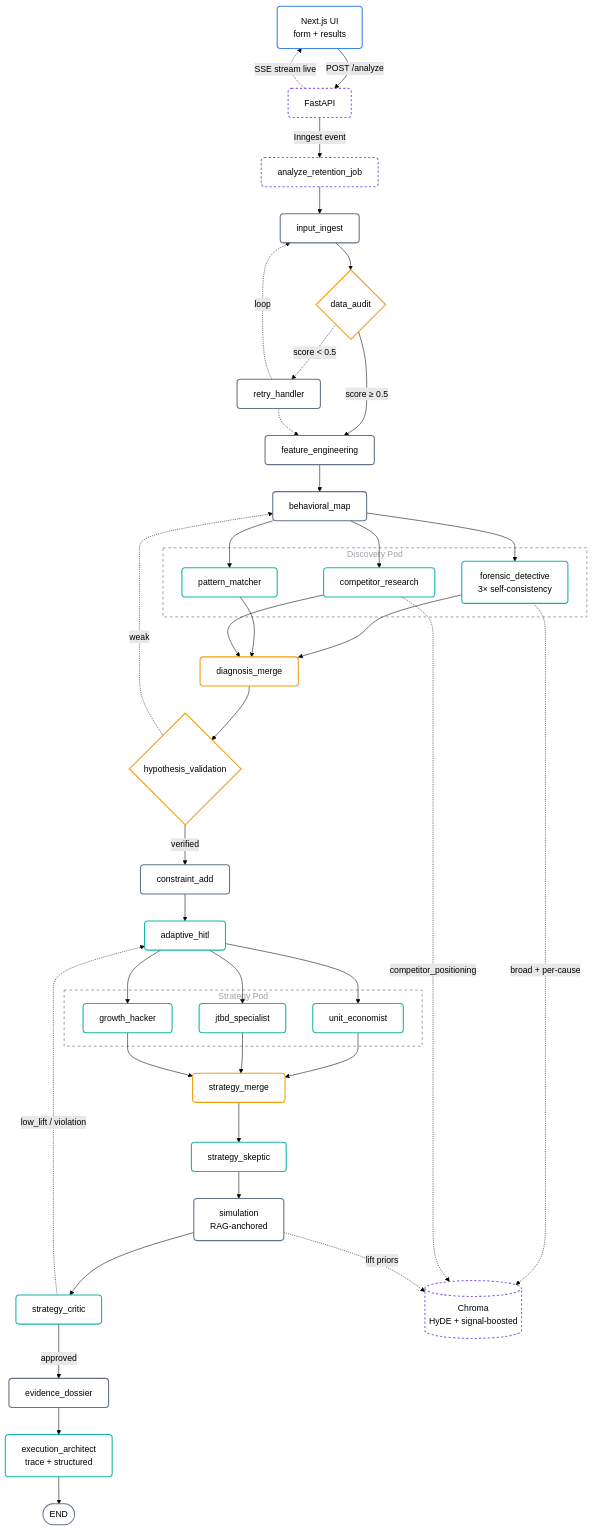
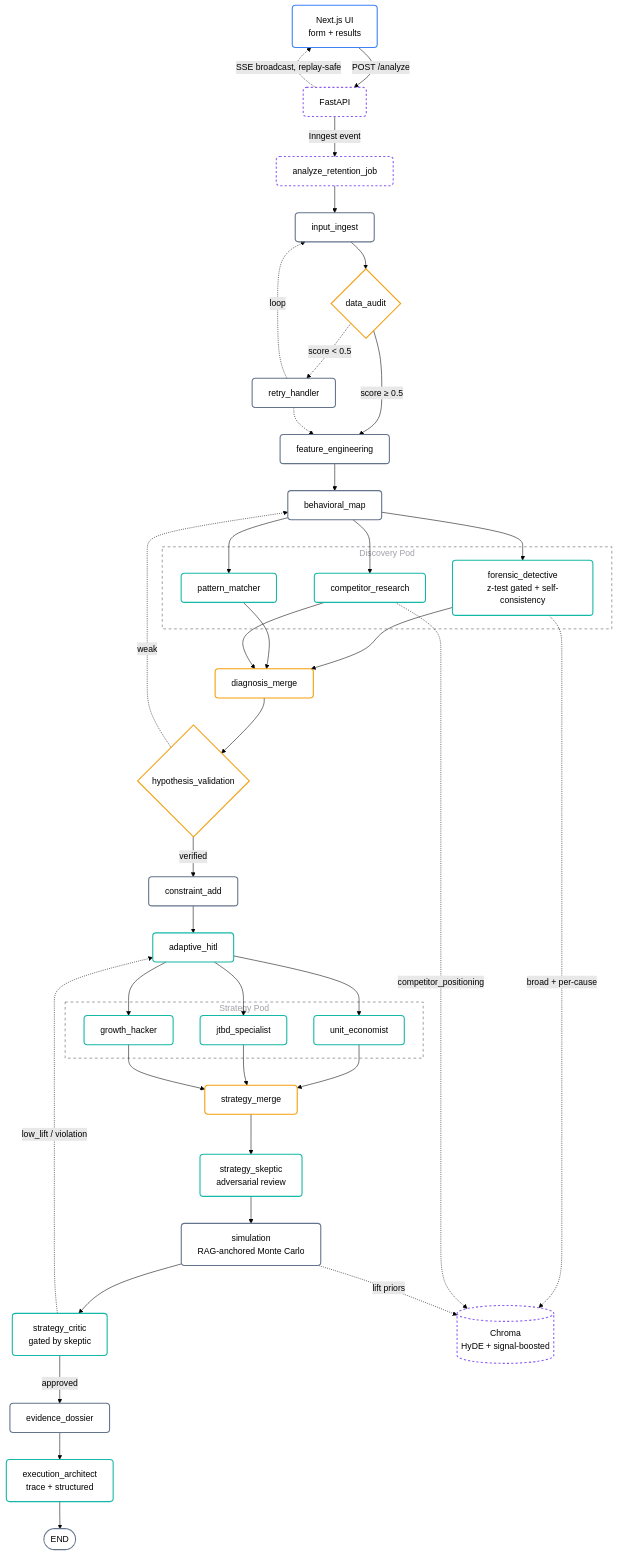
One commit to Abhayanthk/Retain_AI changed the first of 3 diagrams in README.md. Above: the diagram before and after it, drawn with Mermaid (forest theme). The commit also changed other lines of this file and 4 other files, not shown here.

````diff
--- a/README.md
+++ b/README.md
@@ -37,65 +55,65 @@
 ```mermaid
 flowchart TD
     classDef default fill:transparent,stroke:#52525B,stroke-width:1px,rx:6px,ry:6px;
     classDef ui fill:transparent,stroke:#3b82f6,stroke-width:2px,rx:6px,ry:6px;
     classDef ext fill:transparent,stroke:#8b5cf6,stroke-width:2px,stroke-dasharray: 4 4,rx:6px,ry:6px;
     classDef agent fill:transparent,stroke:#14b8a6,stroke-width:2px,rx:6px,ry:6px;
     classDef util fill:transparent,stroke:#64748b,stroke-width:2px,rx:6px,ry:6px;
     classDef gate fill:transparent,stroke:#f59e0b,stroke-width:2px,rx:6px,ry:6px;
 
     UI[Next.js UI<br/>form + results]:::ui -->|POST /analyze| API[FastAPI]:::ext
-    API -.->|SSE stream live| UI
+    API -.->|SSE broadcast, replay-safe| UI
     API -->|Inngest event| JOB[analyze_retention_job]:::ext
     JOB --> II
 
     %% LangGraph Pipeline
     II[input_ingest]:::util --> DA{data_audit}:::gate
 
     DA -->|score ≥ 0.5| FE[feature_engineering]:::util
     DA -.->|score &lt; 0.5| RH[retry_handler]:::util
     RH -.-> FE
 
     FE --> BM[behavioral_map]:::util
 
     subgraph Discovery [Discovery Pod]
-        FD[forensic_detective<br/>3× self-consistency]:::agent
+        FD[forensic_detective<br/>z-test gated + self-consistency]:::agent
         PM[pattern_matcher]:::agent
         CR[competitor_research]:::agent
     end
     style Discovery fill:none,stroke:#52525B,stroke-width:1px,stroke-dasharray:5 5,color:#A1A1AA
 
     BM --> FD & PM & CR
     FD & PM & CR --> DM[diagnosis_merge]:::gate
 
     DM --> HV{hypothesis_validation}:::gate
     HV -->|verified| CA[constraint_add]:::util
 
     CA --> HITL[adaptive_hitl]:::agent
 
     subgraph Strategy [Strategy Pod]
         UE[unit_economist]:::agent
         JTBD[jtbd_specialist]:::agent
         GH[growth_hacker]:::agent
     end
     style Strategy fill:none,stroke:#52525B,stroke-width:1px,stroke-dasharray:5 5,color:#A1A1AA
 
     HITL --> UE & JTBD & GH
     UE & JTBD & GH --> SM[strategy_merge]:::gate
 
-    SM --> SK[strategy_skeptic]:::agent
-    SK --> SIM[simulation<br/>RAG-anchored]:::util
-    SIM --> SC[strategy_critic]:::agent
+    SM --> SK[strategy_skeptic<br/>adversarial review]:::agent
+    SK --> SIM[simulation<br/>RAG-anchored Monte Carlo]:::util
+    SIM --> SC[strategy_critic<br/>gated by skeptic]:::agent
     SC -->|approved| ED[evidence_dossier]:::util
     ED --> EA[execution_architect<br/>trace + structured]:::agent
     EA --> END([END]):::util
 
     %% Loops
     RH -.->|loop| II
     HV -.->|weak| BM
     SC -.->|low_lift / violation| HITL
 
     RAG[(Chroma<br/>HyDE + signal-boosted)]:::ext
     FD -.->|broad + per-cause| RAG
     CR -.->|competitor_positioning| RAG
     SIM -.->|lift priors| RAG
 ```
````
